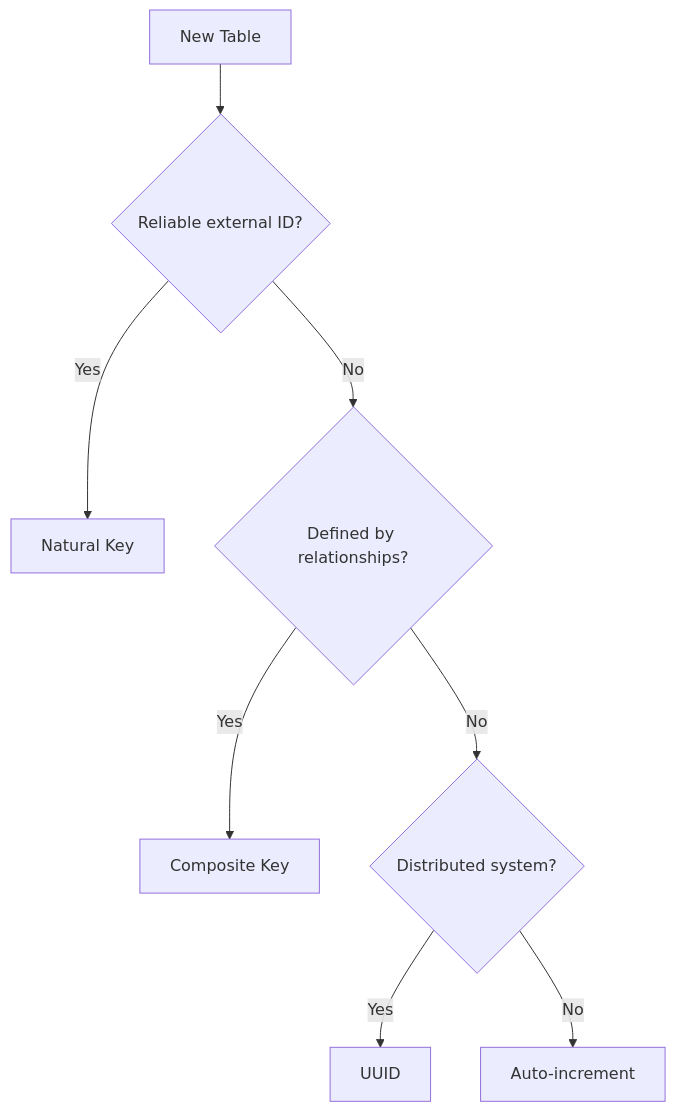
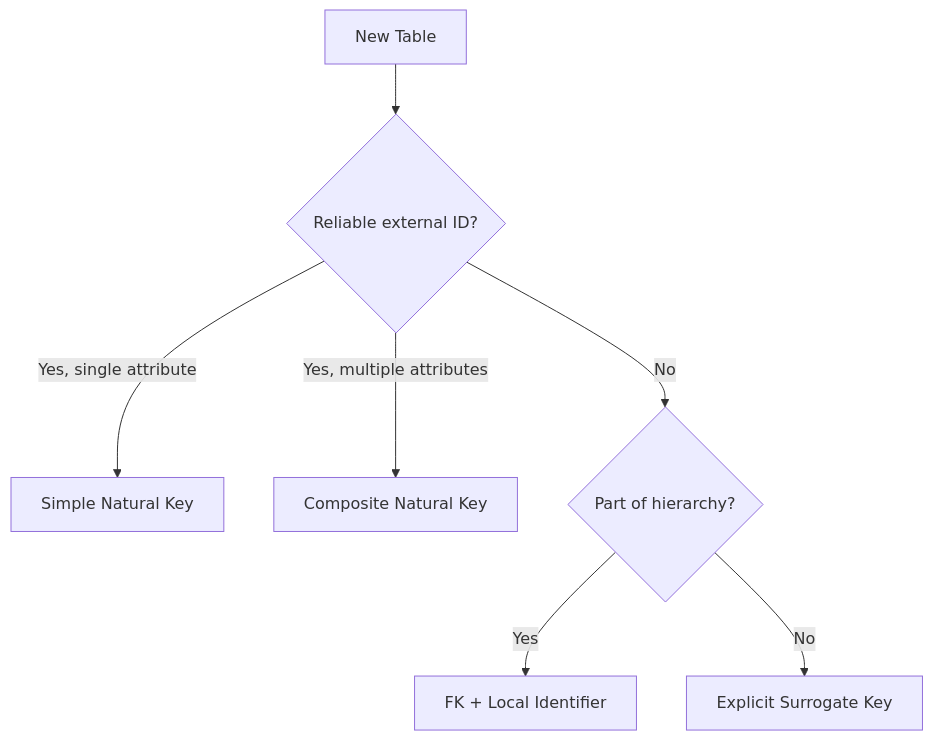
One commit to dimitri-yatsenko/datajoint-book changed the diagram in book/30-design/018-primary-key.md. Above: the diagram before and after it, drawn with Mermaid. The commit also changed other lines of this file, not shown here.

First line of the commit message:
Correct primary key documentation for DataJoint best practices

````diff
--- a/book/30-design/018-primary-key.md
+++ b/book/30-design/018-primary-key.md
@@ -250,10 +238,9 @@
 ```{mermaid}
 flowchart TD
     A[New Table] --> B{Reliable external ID?}
-    B -->|Yes| C[Natural Key]
-    B -->|No| D{Defined by relationships?}
-    D -->|Yes| E[Composite Key]
-    D -->|No| F{Distributed system?}
-    F -->|Yes| G[UUID]
-    F -->|No| H[Auto-increment]
+    B -->|Yes, single attribute| C[Simple Natural Key]
+    B -->|Yes, multiple attributes| D[Composite Natural Key]
+    B -->|No| E{Part of hierarchy?}
+    E -->|Yes| F[FK + Local Identifier]
+    E -->|No| G[Explicit Surrogate Key]
 ```
````
